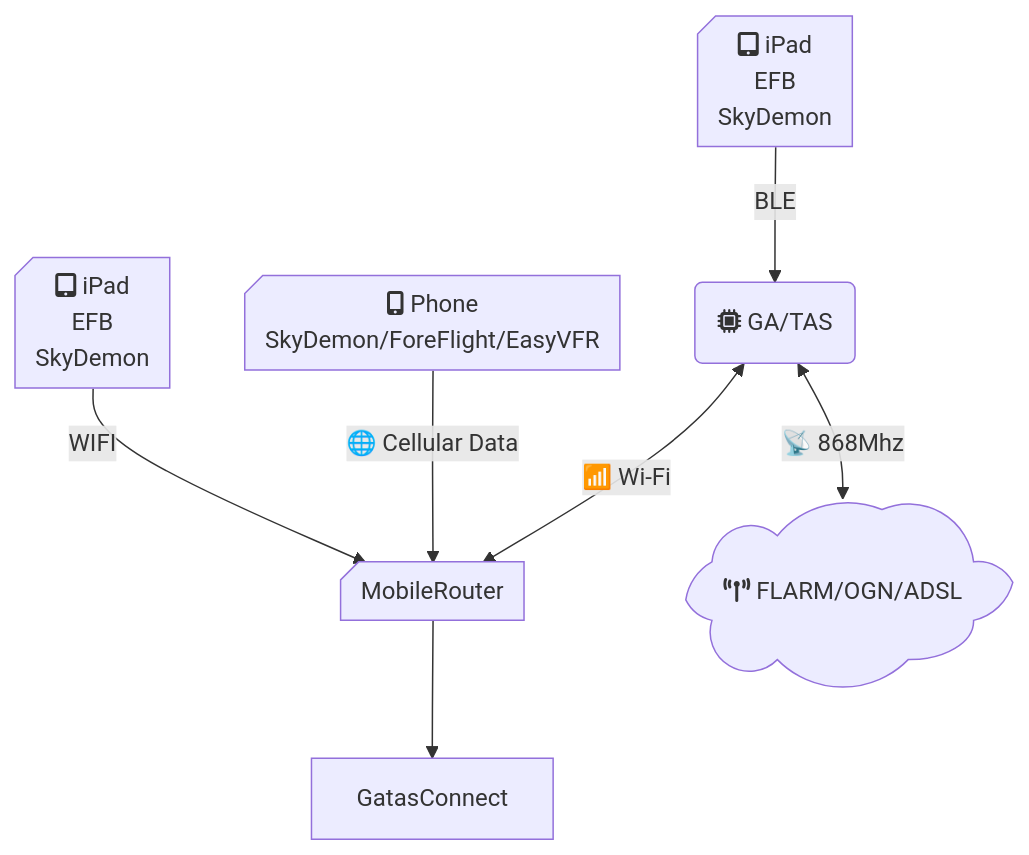
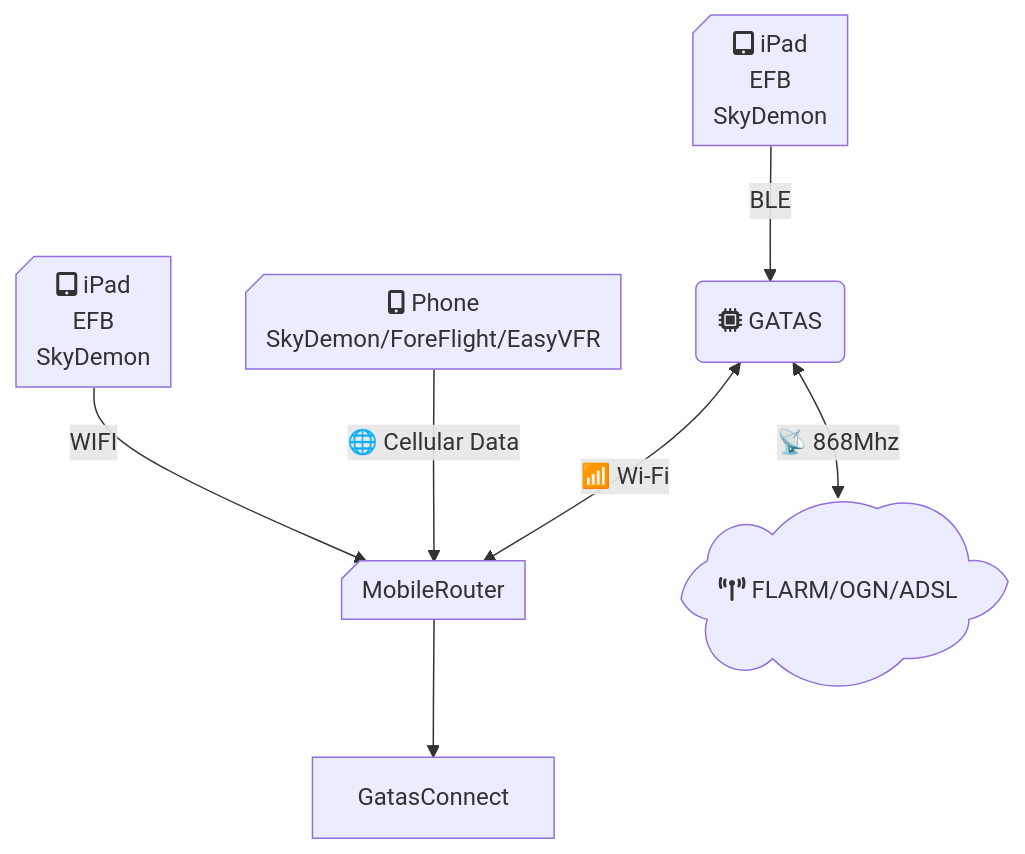
The third of 5 diagrams in docs/First-Time-Setup.md (gatasConspicuity/gatasDoc), drawn with Mermaid before and after one commit. The commit also changed other lines of this file and 98 other files, not shown here.

````diff
--- a/docs/First-Time-Setup.md
+++ b/docs/First-Time-Setup.md
@@ -85,25 +85,25 @@
 ```mermaid
 flowchart TD
     MobileRouter --> GatasConnect
     GATAS <-->|📶 Wi-Fi| MobileRouter
     PHONE -->|🌐 Cellular Data| MobileRouter
 
     IPAD --> |BLE| GATAS
     IPAD2 --> |WIFI| MobileRouter
     GATAS <--> |📡 868Mhz| Radio[fa:fa-tower-broadcast FLARM/OGN/ADSL ]
 
     MobileRouter@{ shape: card}
 
     PHONE[fa:fa-mobile-screen-button Phone<br />SkyDemon/ForeFlight/EasyVFR]
     PHONE@{ shape: card}
 
-    GATAS[fa:fa-microchip GA/TAS]
+    GATAS[fa:fa-microchip GATAS]
     GATAS@{ shape: rounded}
 
     Radio[fa:fa-tower-broadcast FLARM/OGN/ADSL]
     Radio@{ shape: cloud }
     IPAD[fa:fa-tablet-screen-button iPad<br />EFB<br />SkyDemon ]
     IPAD@{ shape: card }
     IPAD2[fa:fa-tablet-screen-button iPad<br />EFB<br />SkyDemon ]
     IPAD2@{ shape: card }
 ```
````
